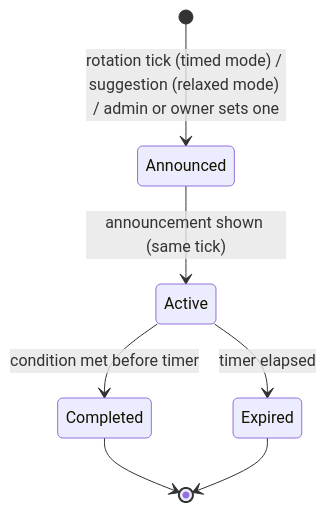
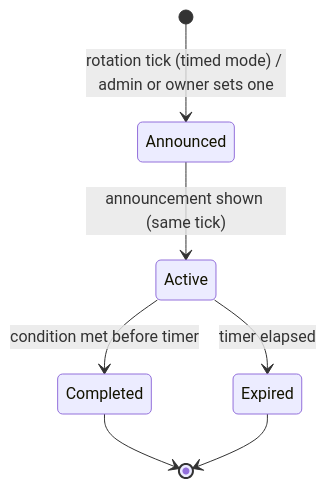
The fifth of 20 diagrams in docs/specs/STATE-MACHINES-AND-FLOWS.md (canthony224/operation-nexus), drawn with Mermaid before and after one commit. The commit also changed other lines of this file and 15 other files, not shown here.

````diff
--- a/docs/specs/STATE-MACHINES-AND-FLOWS.md
+++ b/docs/specs/STATE-MACHINES-AND-FLOWS.md
@@ -247,9 +247,9 @@
 ```mermaid
 stateDiagram-v2
-    [*] --> Announced: rotation tick (timed mode) / suggestion (relaxed mode) / admin or owner sets one
+    [*] --> Announced: rotation tick (timed mode) / admin or owner sets one
     Announced --> Active: announcement shown (same tick)
     Active --> Completed: condition met before timer
     Active --> Expired: timer elapsed
     Completed --> [*]
     Expired --> [*]
 ```
````
